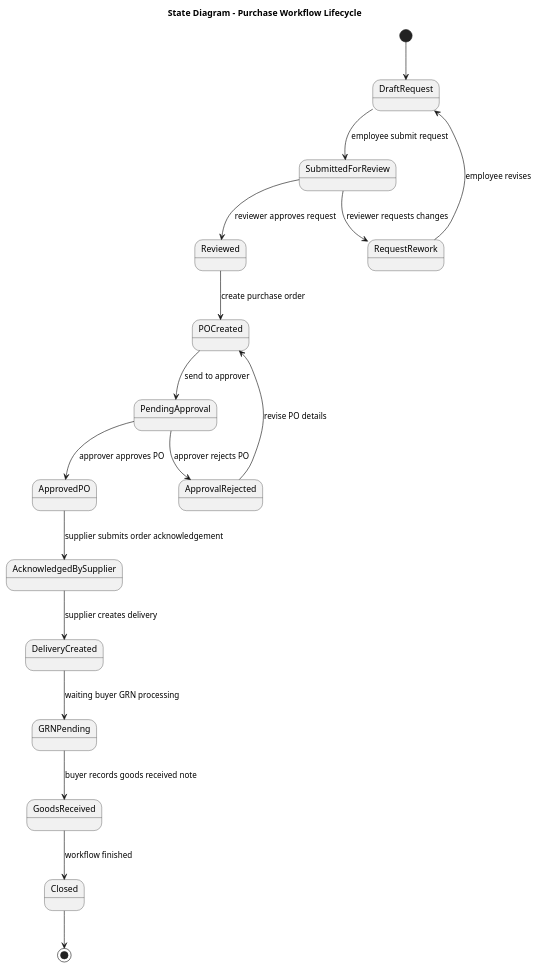
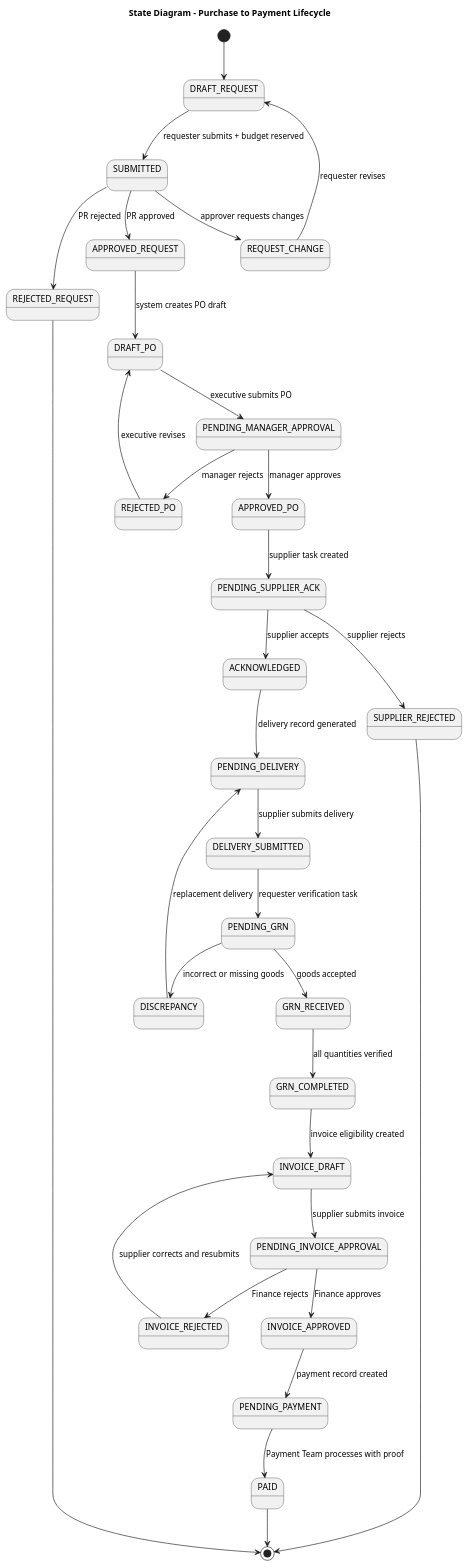
The diagram in Diagram/state-purchase-workflow.puml (MoeyChingWei/FYP-MoeyChingWei), drawn with PlantUML before and after one commit. The commit also changed 47 other files, not shown here.

Commit message:
Update for diagram

```diff
--- a/Diagram/state-purchase-workflow.puml
+++ b/Diagram/state-purchase-workflow.puml
@@ -1,24 +1,36 @@
 @startuml
-title State Diagram - Purchase Workflow Lifecycle
+title State Diagram - Purchase to Payment Lifecycle
 
-[*] --> DraftRequest
-DraftRequest --> SubmittedForReview : employee submit request
-SubmittedForReview --> RequestRework : reviewer requests changes
-RequestRework --> DraftRequest : employee revises
-SubmittedForReview --> Reviewed : reviewer approves request
+[*] --> DRAFT_REQUEST
+DRAFT_REQUEST --> SUBMITTED : requester submits + budget reserved
+SUBMITTED --> REQUEST_CHANGE : approver requests changes
+REQUEST_CHANGE --> DRAFT_REQUEST : requester revises
+SUBMITTED --> REJECTED_REQUEST : PR rejected
+SUBMITTED --> APPROVED_REQUEST : PR approved
+REJECTED_REQUEST --> [*]
 
-Reviewed --> POCreated : create purchase order
-POCreated --> PendingApproval : send to approver
-PendingApproval --> ApprovalRejected : approver rejects PO
-ApprovalRejected --> POCreated : revise PO details
-PendingApproval --> ApprovedPO : approver approves PO
-
-ApprovedPO --> AcknowledgedBySupplier : supplier submits order acknowledgement
-AcknowledgedBySupplier --> DeliveryCreated : supplier creates delivery
-DeliveryCreated --> GRNPending : waiting buyer GRN processing
-GRNPending --> GoodsReceived : buyer records goods received note
-GoodsReceived --> Closed : workflow finished
-
-Closed --> [*]
-
+APPROVED_REQUEST --> DRAFT_PO : system creates PO draft
+DRAFT_PO --> PENDING_MANAGER_APPROVAL : executive submits PO
+PENDING_MANAGER_APPROVAL --> REJECTED_PO : manager rejects
+REJECTED_PO --> DRAFT_PO : executive revises
+PENDING_MANAGER_APPROVAL --> APPROVED_PO : manager approves
+APPROVED_PO --> PENDING_SUPPLIER_ACK : supplier task created
+PENDING_SUPPLIER_ACK --> SUPPLIER_REJECTED : supplier rejects
+SUPPLIER_REJECTED --> [*]
+PENDING_SUPPLIER_ACK --> ACKNOWLEDGED : supplier accepts
+ACKNOWLEDGED --> PENDING_DELIVERY : delivery record generated
+PENDING_DELIVERY --> DELIVERY_SUBMITTED : supplier submits delivery
+DELIVERY_SUBMITTED --> PENDING_GRN : requester verification task
+PENDING_GRN --> DISCREPANCY : incorrect or missing goods
+DISCREPANCY --> PENDING_DELIVERY : replacement delivery
+PENDING_GRN --> GRN_RECEIVED : goods accepted
+GRN_RECEIVED --> GRN_COMPLETED : all quantities verified
+GRN_COMPLETED --> INVOICE_DRAFT : invoice eligibility created
+INVOICE_DRAFT --> PENDING_INVOICE_APPROVAL : supplier submits invoice
+PENDING_INVOICE_APPROVAL --> INVOICE_REJECTED : Finance rejects
+INVOICE_REJECTED --> INVOICE_DRAFT : supplier corrects and resubmits
+PENDING_INVOICE_APPROVAL --> INVOICE_APPROVED : Finance approves
+INVOICE_APPROVED --> PENDING_PAYMENT : payment record created
+PENDING_PAYMENT --> PAID : Payment Team processes with proof
+PAID --> [*]
 @enduml
```
